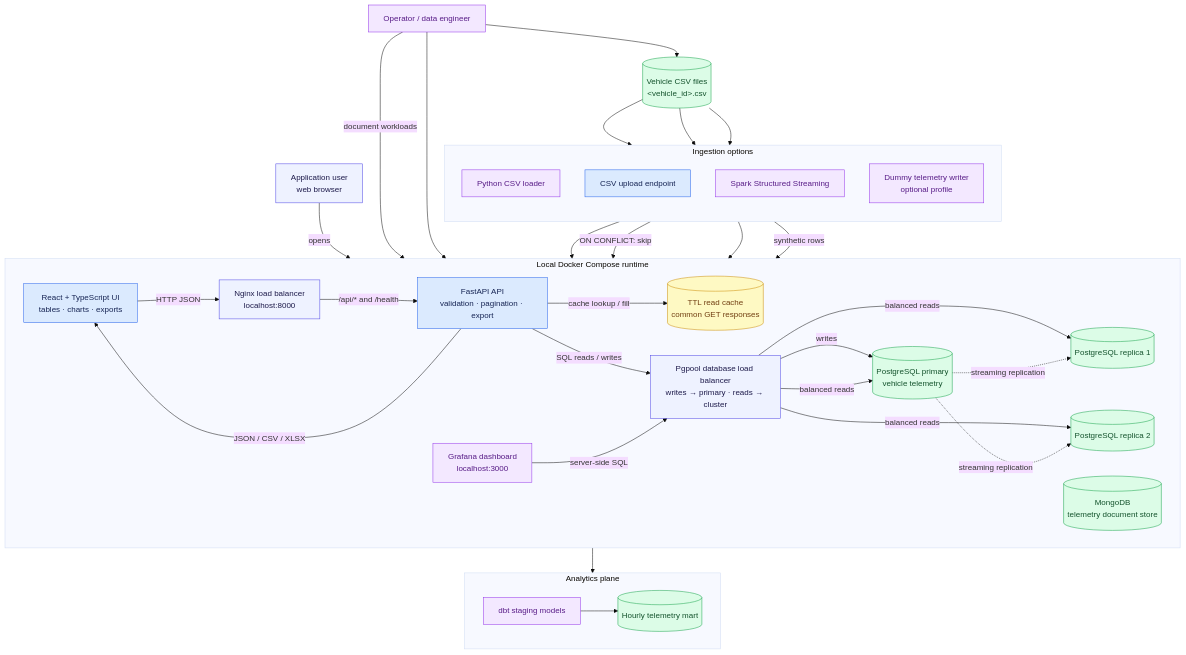
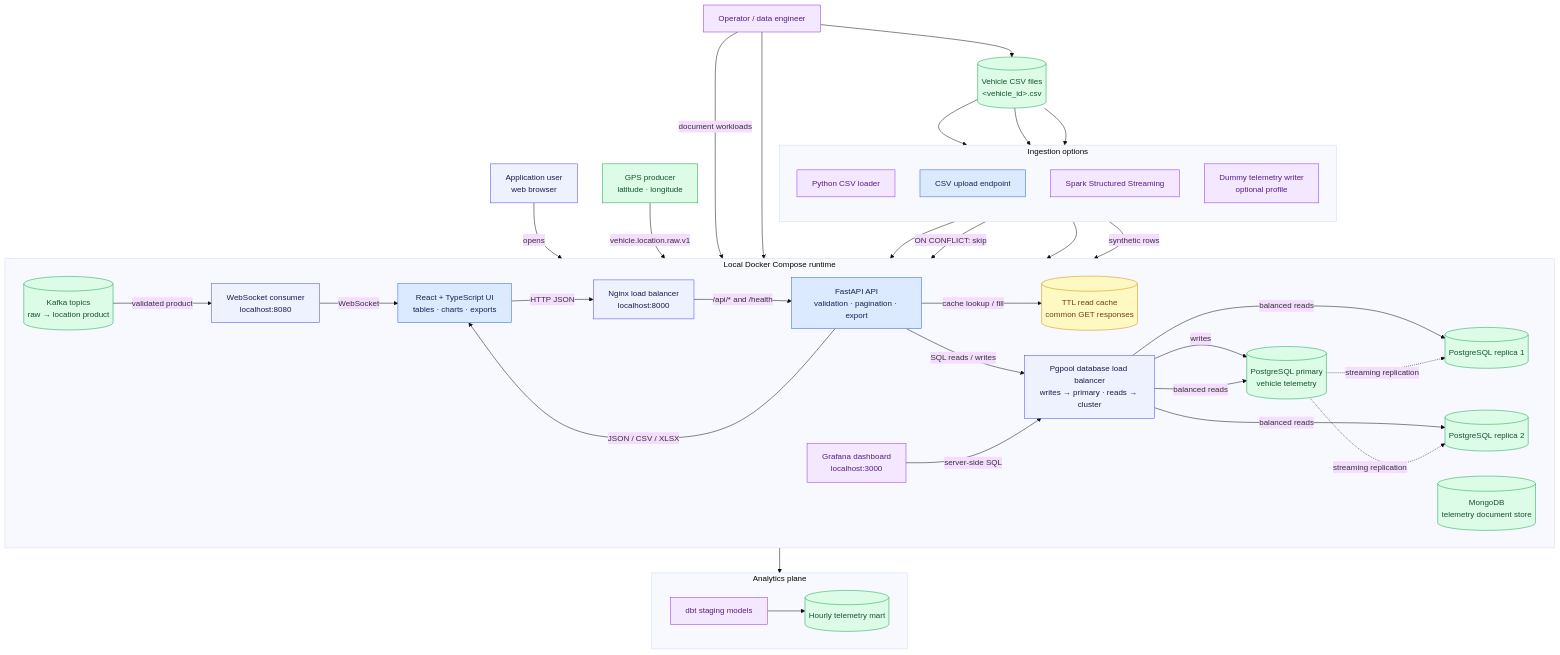
The first of 2 diagrams in README.md (MDSYN2019/volteras_test), drawn with Mermaid (base theme) before and after one commit. The commit also changed other lines of this file and 15 other files, not shown here.

Commit message:
Add Kafka live vehicle tracking pipeline

````diff
--- a/README.md
+++ b/README.md
@@ -32,64 +33,69 @@
 ```mermaid
 flowchart TB
     classDef edge fill:#eef2ff,stroke:#4f46e5,color:#1e1b4b;
     classDef app fill:#dbeafe,stroke:#2563eb,color:#172554;
     classDef cache fill:#fef9c3,stroke:#ca8a04,color:#713f12;
     classDef data fill:#dcfce7,stroke:#16a34a,color:#14532d;
     classDef ops fill:#f3e8ff,stroke:#9333ea,color:#581c87;
 
     User[Application user<br/>web browser]:::edge
     Operator[Operator / data engineer]:::ops
     CSV[(Vehicle CSV files<br/>&lt;vehicle_id&gt;.csv)]:::data
+    GPS[GPS producer<br/>latitude · longitude]:::data
 
     subgraph Runtime[Local Docker Compose runtime]
         direction LR
         UI[React + TypeScript UI<br/>tables · charts · exports]:::app
         LB[Nginx load balancer<br/>localhost:8000]:::edge
         API[FastAPI API<br/>validation · pagination · export]:::app
         Cache[(TTL read cache<br/>common GET responses)]:::cache
         Pgpool[Pgpool database load balancer<br/>writes → primary · reads → cluster]:::edge
         DBPrimary[(PostgreSQL primary<br/>vehicle telemetry)]:::data
         DBReplica1[(PostgreSQL replica 1)]:::data
         DBReplica2[(PostgreSQL replica 2)]:::data
         MongoDB[(MongoDB<br/>telemetry document store)]:::data
         Grafana[Grafana dashboard<br/>localhost:3000]:::ops
+        Kafka[(Kafka topics<br/>raw → location product)]:::data
+        Gateway[WebSocket consumer<br/>localhost:8080]:::edge
     end
 
     subgraph Ingestion[Ingestion options]
         direction TB
         Loader[Python CSV loader]:::ops
         Upload[CSV upload endpoint]:::app
         Spark[Spark Structured Streaming]:::ops
         Dummy[Dummy telemetry writer<br/>optional profile]:::ops
     end
 
     subgraph Analytics[Analytics plane]
         direction LR
         dbt[dbt staging models]:::ops
         Mart[(Hourly telemetry mart)]:::data
     end
 
     User -->|opens| UI
+    GPS -->|vehicle.location.raw.v1| Kafka
+    Kafka -->|validated product| Gateway -->|WebSocket| UI
     UI -->|HTTP JSON| LB
     LB -->|/api/* and /health| API
     API -->|cache lookup / fill| Cache
     API -->|SQL reads / writes| Pgpool
     Pgpool -->|writes| DBPrimary
     Pgpool -->|balanced reads| DBPrimary
     Pgpool -->|balanced reads| DBReplica1
     Pgpool -->|balanced reads| DBReplica2
     DBPrimary -.->|streaming replication| DBReplica1
     DBPrimary -.->|streaming replication| DBReplica2
     API -->|JSON / CSV / XLSX| UI
     Grafana -->|server-side SQL| Pgpool
 
     Operator --> CSV
     Operator -->|document workloads| MongoDB
     CSV --> Loader --> Pgpool
     CSV --> Spark -->|ON CONFLICT: skip| Pgpool
     CSV --> Upload --> API
     Dummy -->|synthetic rows| Pgpool
 
     Pgpool --> dbt --> Mart
     Operator --> Grafana
 ```
````
